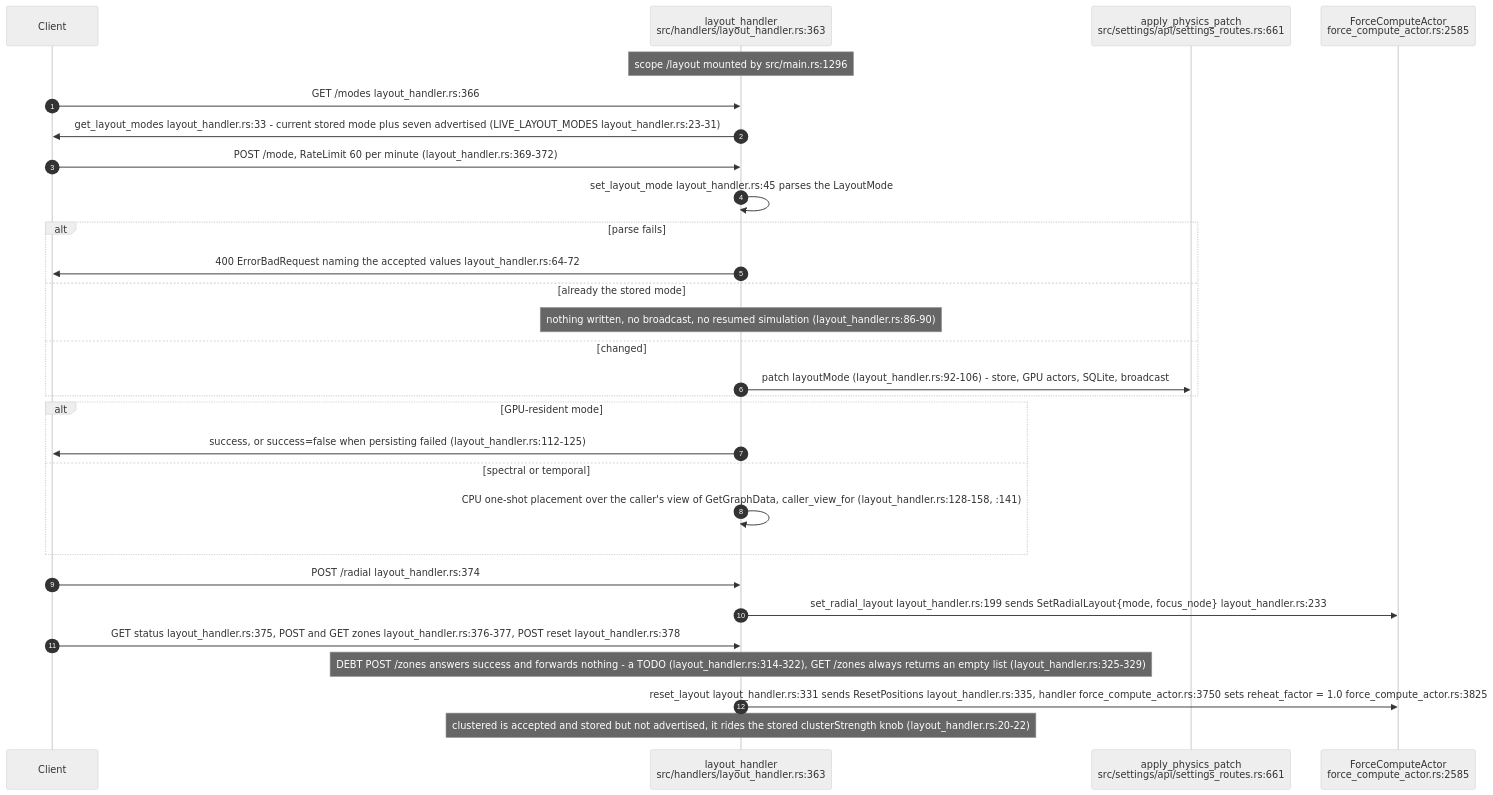
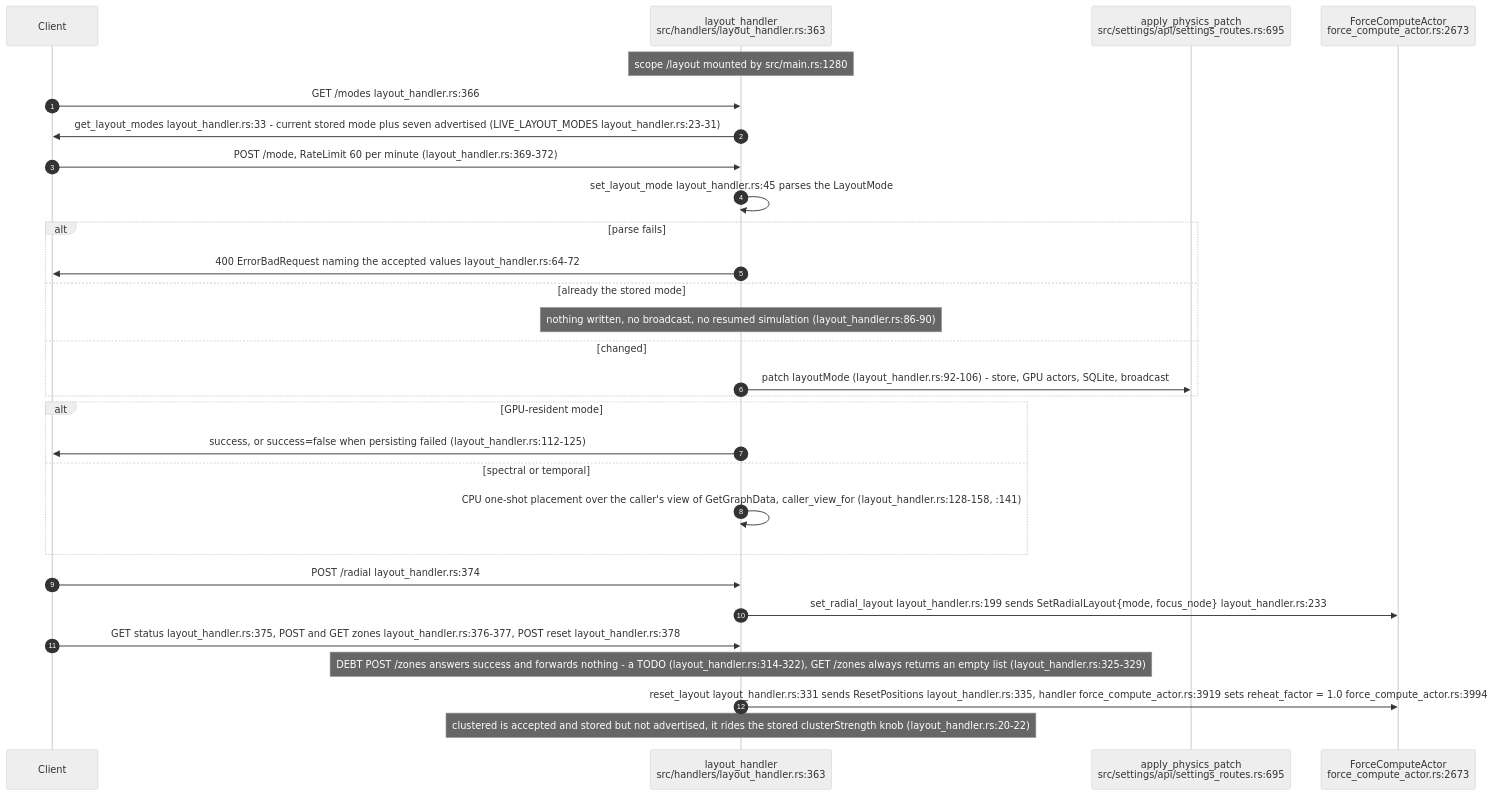
The fifth of 8 diagrams in docs/diagrams/visionclaw/16-interaction-drag-pin-layout.md (DreamLab-AI/VisionFlow), drawn with Mermaid (neutral theme) before and after one commit. The commit also changed other lines of this file and 7 other files, not shown here.

First line of the commit message:
diagrams(visionclaw): re-verify VC-09..VC-16 at visionclaw 4900ec60

````diff
--- a/docs/diagrams/visionclaw/16-interaction-drag-pin-layout.md
+++ b/docs/diagrams/visionclaw/16-interaction-drag-pin-layout.md
@@ -188,32 +188,32 @@
 ```mermaid
 sequenceDiagram
     autonumber
     participant C as Client
     participant LH as layout_handler<br/>src/handlers/layout_handler.rs:363
-    participant APP as apply_physics_patch<br/>src/settings/api/settings_routes.rs:661
-    participant FCA as ForceComputeActor<br/>force_compute_actor.rs:2585
+    participant APP as apply_physics_patch<br/>src/settings/api/settings_routes.rs:695
+    participant FCA as ForceComputeActor<br/>force_compute_actor.rs:2673
 
-    Note over LH: scope /layout mounted by src/main.rs:1296
+    Note over LH: scope /layout mounted by src/main.rs:1280
     C->>LH: GET /modes layout_handler.rs:366
     LH->>C: get_layout_modes layout_handler.rs:33 - current stored mode plus seven advertised (LIVE_LAYOUT_MODES layout_handler.rs:23-31)
     C->>LH: POST /mode, RateLimit 60 per minute (layout_handler.rs:369-372)
     LH->>LH: set_layout_mode layout_handler.rs:45 parses the LayoutMode
     alt parse fails
         LH->>C: 400 ErrorBadRequest naming the accepted values layout_handler.rs:64-72
     else already the stored mode
         Note over LH: nothing written, no broadcast, no resumed simulation (layout_handler.rs:86-90)
     else changed
         LH->>APP: patch layoutMode (layout_handler.rs:92-106) - store, GPU actors, SQLite, broadcast
     end
     alt GPU-resident mode
         LH->>C: success, or success=false when persisting failed (layout_handler.rs:112-125)
     else spectral or temporal
         LH->>LH: CPU one-shot placement over the caller's view of GetGraphData, caller_view_for (layout_handler.rs:128-158, :141)
     end
     C->>LH: POST /radial layout_handler.rs:374
     LH->>FCA: set_radial_layout layout_handler.rs:199 sends SetRadialLayout{mode, focus_node} layout_handler.rs:233
     C->>LH: GET status layout_handler.rs:375, POST and GET zones layout_handler.rs:376-377, POST reset layout_handler.rs:378
     Note over LH: DEBT POST /zones answers success and forwards nothing - a TODO (layout_handler.rs:314-322), GET /zones always returns an empty list (layout_handler.rs:325-329)
-    LH->>FCA: reset_layout layout_handler.rs:331 sends ResetPositions layout_handler.rs:335, handler force_compute_actor.rs:3750 sets reheat_factor = 1.0 force_compute_actor.rs:3825
+    LH->>FCA: reset_layout layout_handler.rs:331 sends ResetPositions layout_handler.rs:335, handler force_compute_actor.rs:3919 sets reheat_factor = 1.0 force_compute_actor.rs:3994
     Note over LH: clustered is accepted and stored but not advertised, it rides the stored clusterStrength knob (layout_handler.rs:20-22)
 ```
````
